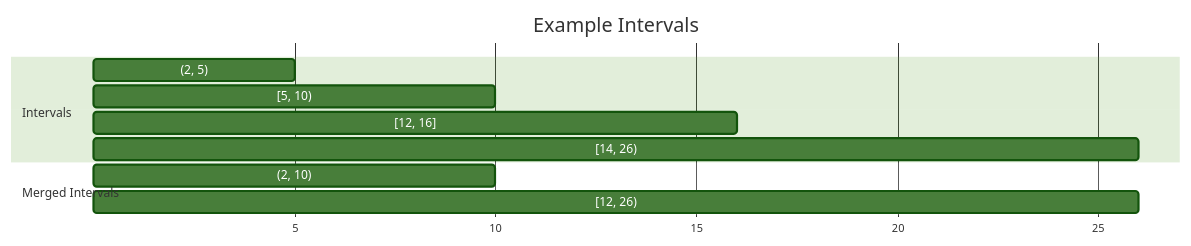
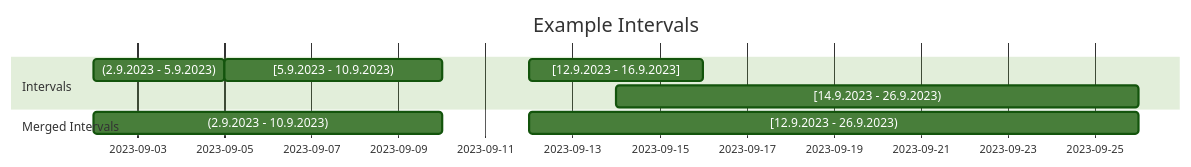
The fifth of 5 diagrams in README.md (shadzhiyski/EasyIntervals), drawn with Mermaid (forest theme) before and after one commit. The commit also changed other lines of this file, not shown here.

````diff
--- a/README.md
+++ b/README.md
@@ -166,19 +191,19 @@
 ```mermaid
 ---
 displayMode: compact
 ---
 gantt
     title Example Intervals
-    dateFormat  X
-    axisFormat %s
+    dateFormat  YYYY-MM-DD
+    axisFormat %Y-%m-%d
 
     section Intervals
-    (2, 5)     : 2, 5
-    [5, 10)    : 5, 10
-    [12, 16]   : 12, 16
-    [14, 26)   : 14, 26
+    (2.9.2023 - 5.9.2023)     : 2023-09-02, 2023-09-05
+    [5.9.2023 - 10.9.2023)    : 2023-09-05, 2023-09-10
+    [12.9.2023 - 16.9.2023]   : 2023-09-12, 2023-09-16
+    [14.9.2023 - 26.9.2023)   : 2023-09-14, 2023-09-26
 
     section Merged Intervals
-    (2, 10)    : 2, 10
-    [12, 26)   : 12, 26
+    (2.9.2023 - 10.9.2023)    : 2023-09-02, 2023-09-10
+    [12.9.2023 - 26.9.2023)   : 2023-09-12, 2023-09-26
 ```
````
